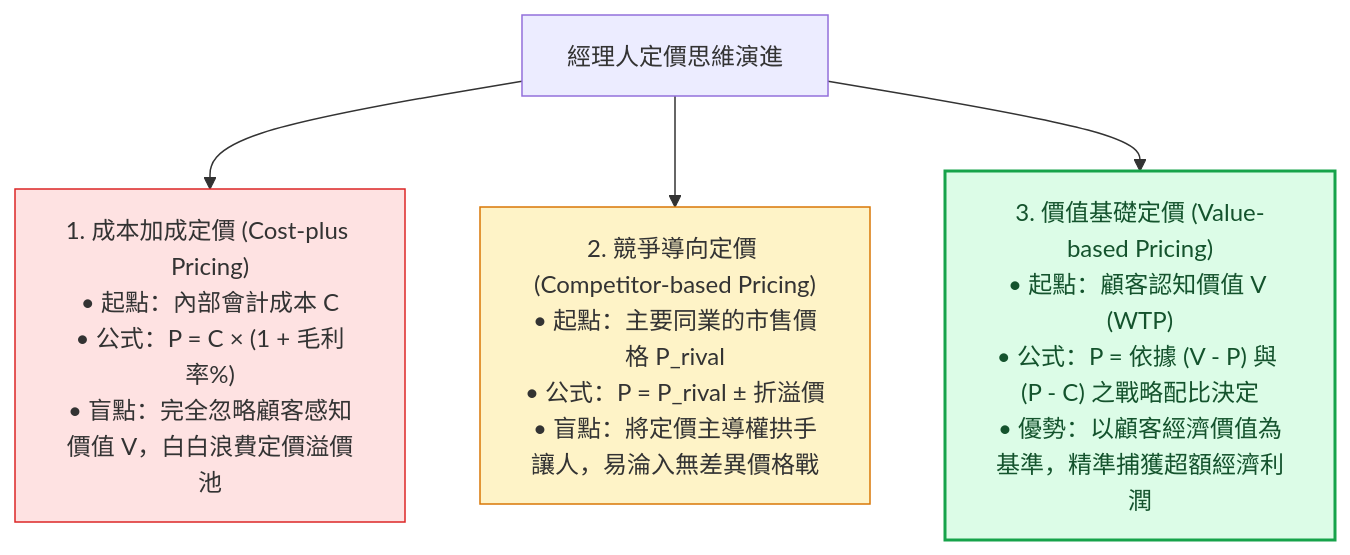
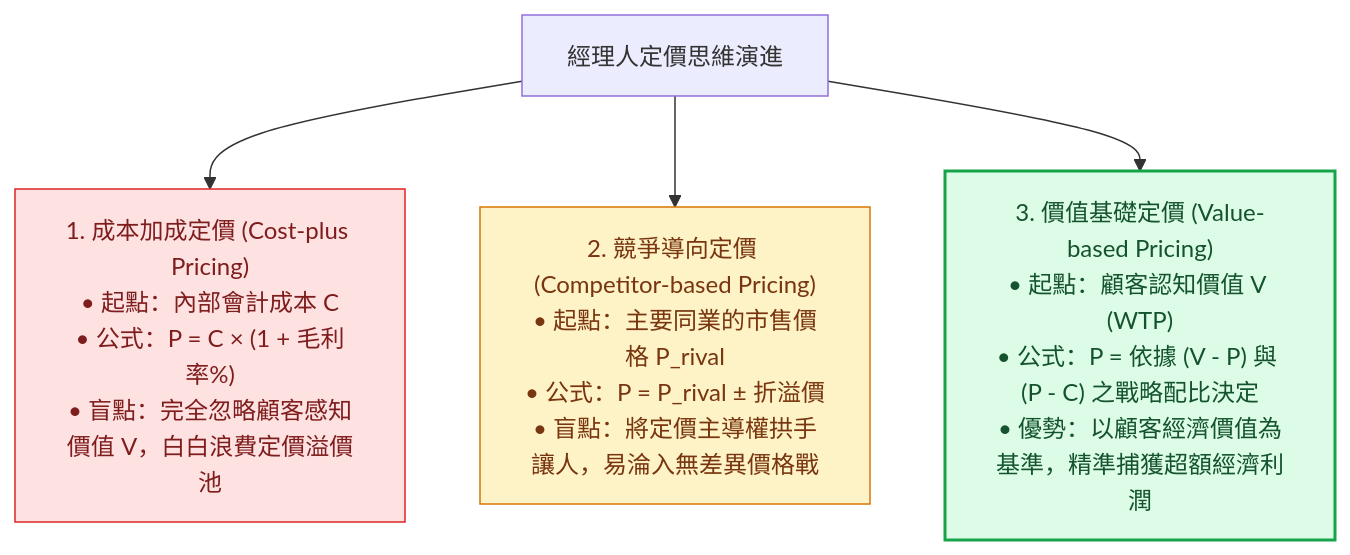
The third of 5 diagrams in src/site/notes/98_商業概念庫/vpc-value-price-cost_價值價格成本分析.md (Jimlin0428/my-digital-garden), drawn with Mermaid before and after one commit. The commit also changed other lines of this file and 99 other files, not shown here.

````diff
--- a/src/site/notes/98_商業概念庫/vpc-value-price-cost_價值價格成本分析.md
+++ b/src/site/notes/98_商業概念庫/vpc-value-price-cost_價值價格成本分析.md
@@ -153,16 +153,16 @@
 ```mermaid
 flowchart TD
     P_Method["經理人定價思維演進"]
     
     M1["1. 成本加成定價 (Cost-plus Pricing)<br>• 起點：內部會計成本 C<br>• 公式：P = C × (1 + 毛利率%)<br>• 盲點：完全忽略顧客感知價值 V，白白浪費定價溢價池"]
     M2["2. 競爭導向定價 (Competitor-based Pricing)<br>• 起點：主要同業的市售價格 P_rival<br>• 公式：P = P_rival ± 折溢價<br>• 盲點：將定價主導權拱手讓人，易淪入無差異價格戰"]
     M3["3. 價值基礎定價 (Value-based Pricing)<br>• 起點：顧客認知價值 V (WTP)<br>• 公式：P = 依據 (V - P) 與 (P - C) 之戰略配比決定<br>• 優勢：以顧客經濟價值為基準，精準捕獲超額經濟利潤"]
 
     P_Method --> M1
     P_Method --> M2
     P_Method --> M3
 
     style M3 fill:#dcfce7,stroke:#16a34a,stroke-width:2px,color:#14532d
-    style M1 fill:#fee2e2,stroke:#dc2626,stroke-width:1px
-    style M2 fill:#fef3c7,stroke:#d97706,stroke-width:1px
+    style M1 fill:#fee2e2,stroke:#dc2626,stroke-width:1px,color:#7f1d1d
+    style M2 fill:#fef3c7,stroke:#d97706,stroke-width:1px,color:#78350f
 ```
````
